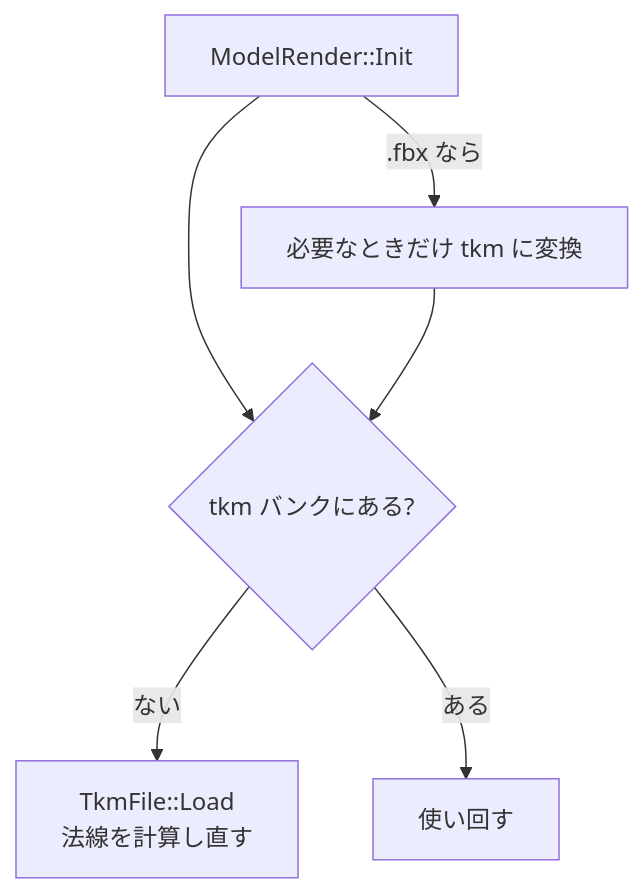
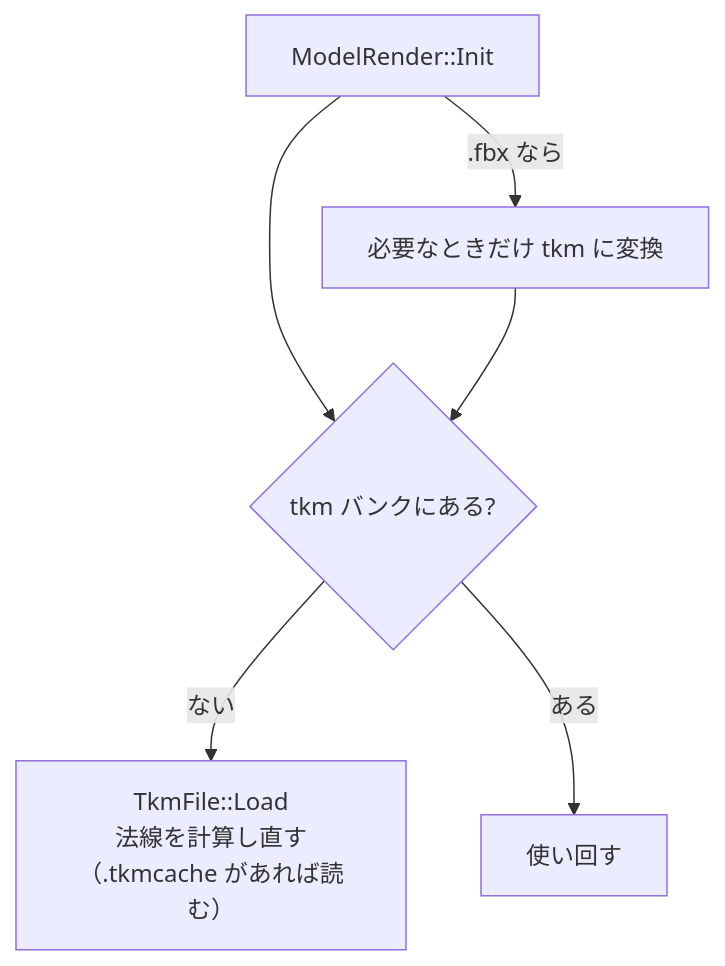
The diagram in Action/docs/エンジン/モデル読み込みの設計.md (hirota-ryuki/Action), drawn with Mermaid before and after one commit. The commit also changed other lines of this file and 6 other files, not shown here.

````diff
--- a/Action/docs/エンジン/モデル読み込みの設計.md
+++ b/Action/docs/エンジン/モデル読み込みの設計.md
@@ -18,8 +18,8 @@
 ```mermaid
 flowchart TD
     I["ModelRender::Init"] -->|.fbx なら| C[必要なときだけ tkm に変換]
     I --> B{tkm バンクにある?}
     C --> B
-    B -->|ない| L["TkmFile::Load<br/>法線を計算し直す"]
+    B -->|ない| L["TkmFile::Load<br/>法線を計算し直す<br/>（.tkmcache があれば読む）"]
     B -->|ある| D[使い回す]
 ```
````
